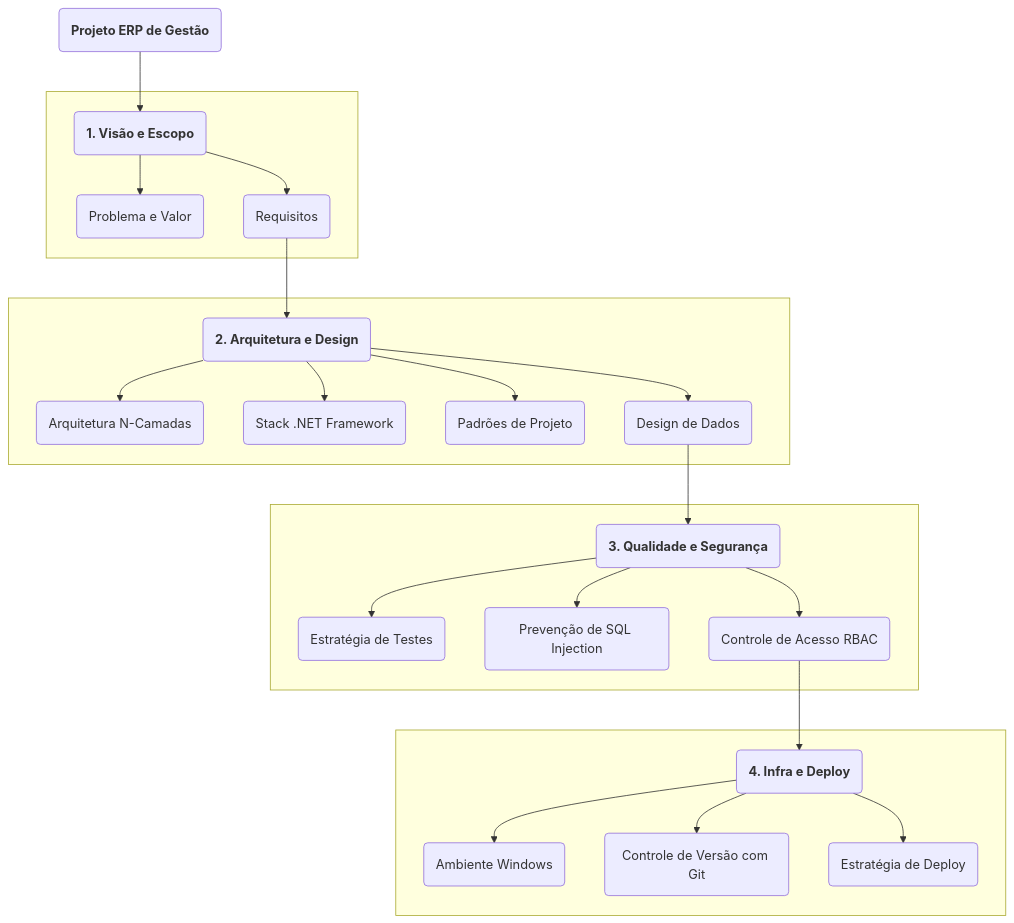
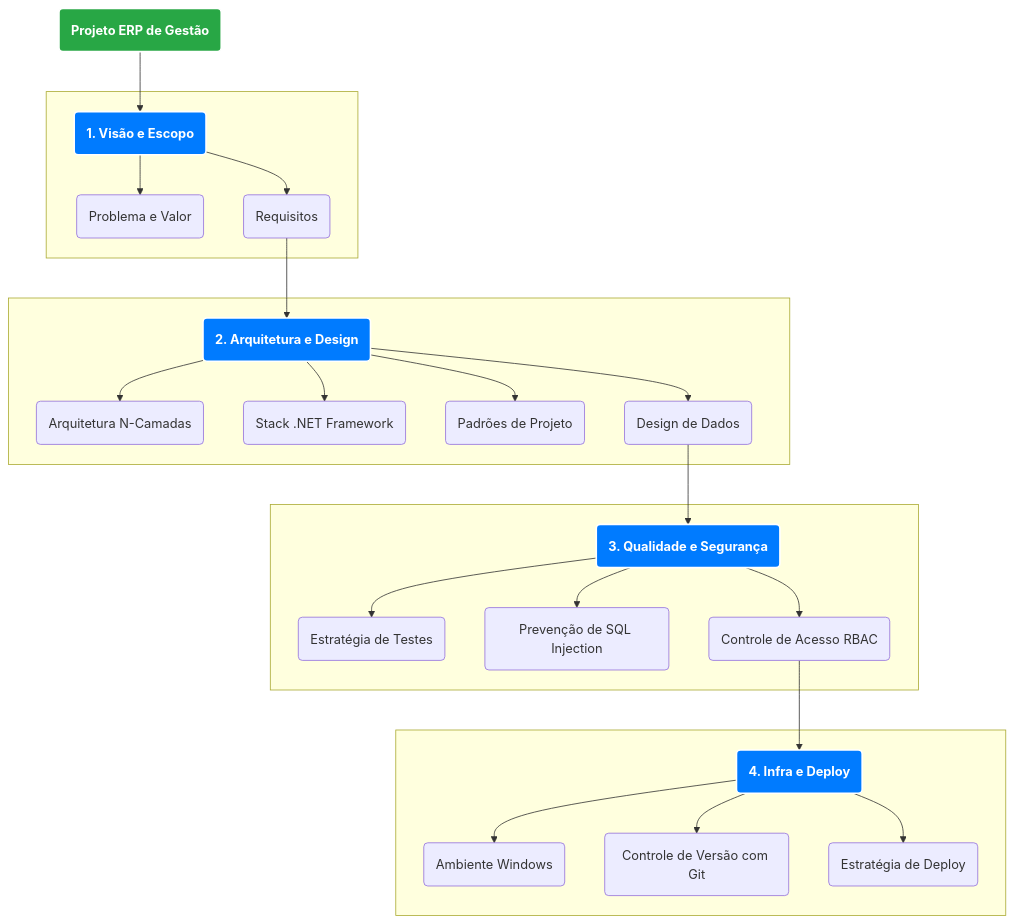
The first of 3 diagrams in README.md (Naasso/Sistema-de-Gest-o-Empresarial-Full-Stack), drawn with Mermaid before and after one commit. The commit also changed other lines of this file, not shown here.

````diff
--- a/README.md
+++ b/README.md
@@ -42,72 +42,72 @@
 ```mermaid
 graph TD
     %% -- NÓ PRINCIPAL --
     root("<b>Projeto ERP de Gestão</b>");
 
     %% -- CATEGORIAS PRINCIPAIS --
     cat1("<b>1. Visão e Escopo</b>");
     cat2("<b>2. Arquitetura e Design</b>");
     cat3("<b>3. Qualidade e Segurança</b>");
     cat4("<b>4. Infra e Deploy</b>");
 
     %% -- ITENS DA CATEGORIA 1 --
     item1_1("Problema e Valor");
     item1_2("Requisitos");
 
     %% -- ITENS DA CATEGORIA 2 --
     item2_1("Arquitetura N-Camadas");
     item2_2("Stack .NET Framework");
     item2_3("Padrões de Projeto");
     item2_4("Design de Dados");
 
     %% -- ITENS DA CATEGORIA 3 --
     item3_1("Estratégia de Testes");
     item3_2("Prevenção de SQL Injection");
     item3_3("Controle de Acesso RBAC");
 
     %% -- ITENS DA CATEGORIA 4 --
     item4_1("Ambiente Windows");
     item4_2("Controle de Versão com Git");
     item4_3("Estratégia de Deploy");
     
     %% -- ESTRUTURA DE LINKS --
     root --> cat1;
     
     %% Categoria 1
     subgraph " ";
         cat1 --> item1_1;
         cat1 --> item1_2;
     end
 
     %% Categoria 2
     subgraph " ";
         item1_2 --> cat2;
         cat2 --> item2_1;
         cat2 --> item2_2;
         cat2 --> item2_3;
         cat2 --> item2_4;
     end
     
     %% Categoria 3
     subgraph " ";
         item2_4 --> cat3;
         cat3 --> item3_1;
         cat3 --> item3_2;
         cat3 --> item3_3;
     end
 
     %% Categoria 4
     subgraph " ";
         item3_3 --> cat4;
         cat4 --> item4_1;
         cat4 --> item4_2;
         cat4 --> item4_3;
     end
 
     %% -- ESTILOS --
-    %%style root fill:#28a745,stroke:#fff,stroke-width:2px,color:#fff;
-    %%style cat1 fill:#007bff,stroke:#fff,stroke-width:2px,color:#fff;
-    %%style cat2 fill:#007bff,stroke:#fff,stroke-width:2px,color:#fff;
-    %%style cat3 fill:#007bff,stroke:#fff,stroke-width:2px,color:#fff;
-    %%style cat4 fill:#007bff,stroke:#fff,stroke-width:2px,color:#fff;
+    style root fill:#28a745,stroke:#fff,stroke-width:2px,color:#fff;
+    style cat1 fill:#007bff,stroke:#fff,stroke-width:2px,color:#fff;
+    style cat2 fill:#007bff,stroke:#fff,stroke-width:2px,color:#fff;
+    style cat3 fill:#007bff,stroke:#fff,stroke-width:2px,color:#fff;
+    style cat4 fill:#007bff,stroke:#fff,stroke-width:2px,color:#fff;
 ```
````
